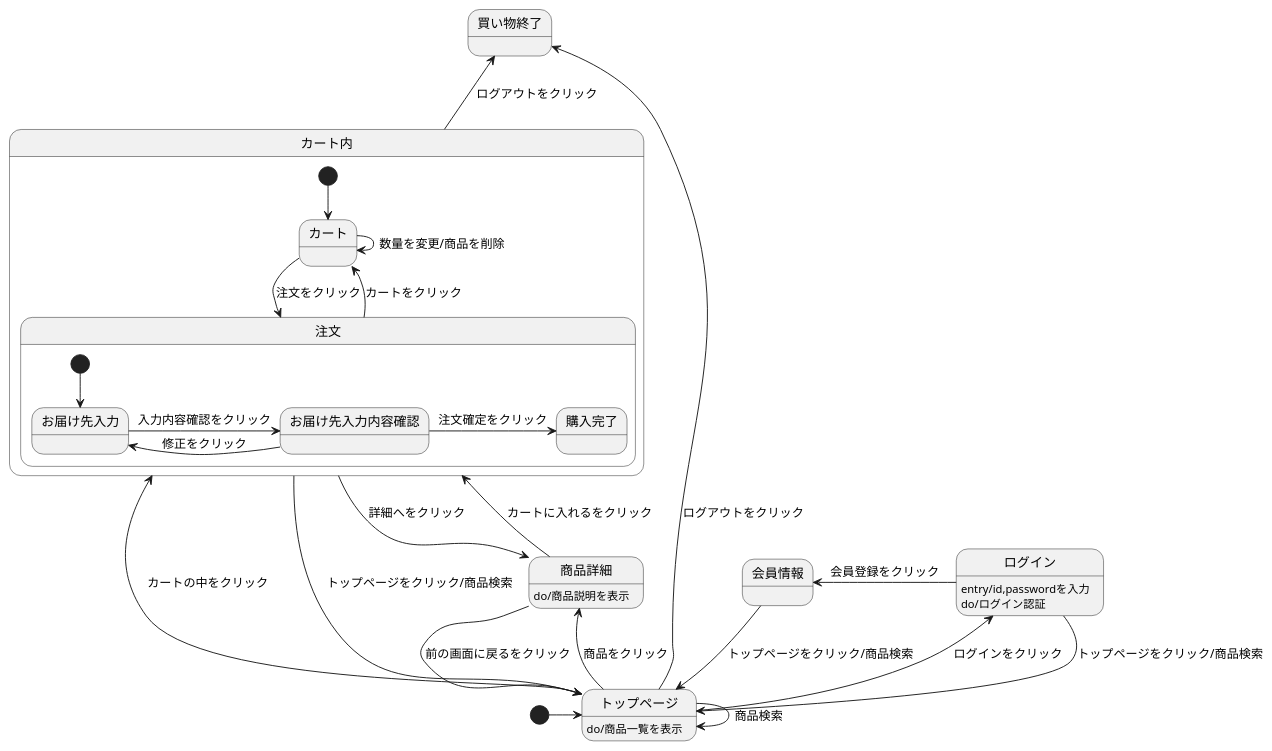
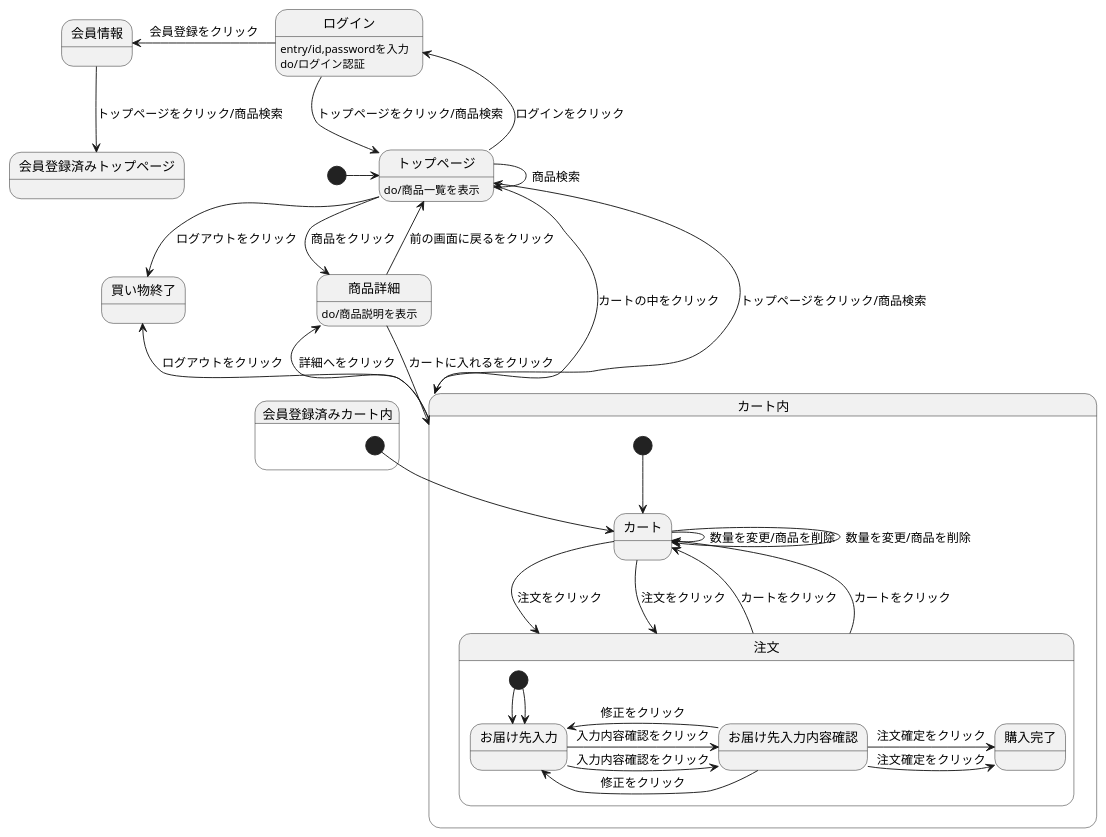
Before and after one commit to Aso2001140/2012sys-design: the diagram in create 12.md, drawn with PlantUML.

Commit message:
Create create 12.md

````diff
--- a/create 12.md
+++ b/create 12.md
@@ -1,35 +1,47 @@
 ```uml
 @startuml
 [*] -> トップページ
-会員情報 --> トップページ : トップページをクリック/商品検索
+会員情報 --> 会員登録済みトップページ : トップページをクリック/商品検索
 ログイン --> トップページ : トップページをクリック/商品検索
 ログイン : entry/id,passwordを入力
 ログイン : do/ログイン認証
 トップページ --> 買い物終了 : ログアウトをクリック
 トップページ -> トップページ : 商品検索
 トップページ -> 商品詳細 : 商品をクリック
 ログイン -left-> 会員情報 : 会員登録をクリック
 トップページ -left-> ログイン : ログインをクリック
 トップページ --> カート内 : カートの中をクリック
 トップページ : do/商品一覧を表示
 商品詳細 --> カート内 : カートに入れるをクリック
 商品詳細 --> トップページ : 前の画面に戻るをクリック
 商品詳細 : do/商品説明を表示
 カート内 -up-> トップページ : トップページをクリック/商品検索
 カート内 -up-> 買い物終了 : ログアウトをクリック
 カート内 -> 商品詳細 : 詳細へをクリック
 
 state カート内{
 [*] --> カート
 カート -> 注文 : 注文をクリック
 カート -> カート : 数量を変更/商品を削除
 注文 --> カート : カートをクリック
 state 注文{
 [*] --> お届け先入力
 お届け先入力 -> お届け先入力内容確認 : 入力内容確認をクリック
 お届け先入力内容確認 -> お届け先入力 : 修正をクリック
 お届け先入力内容確認 -> 購入完了 : 注文確定をクリック
 }
 }
+state 会員登録済みカート内{
+[*] --> カート
+カート -> 注文 : 注文をクリック
+カート -> カート : 数量を変更/商品を削除
+注文 --> カート : カートをクリック
+state 注文{
+[*] --> お届け先入力
+お届け先入力 -> お届け先入力内容確認 : 入力内容確認をクリック
+お届け先入力内容確認 -> お届け先入力 : 修正をクリック
+お届け先入力内容確認 -> 購入完了 : 注文確定をクリック
+}
+}
 @enduml
 ```
````
